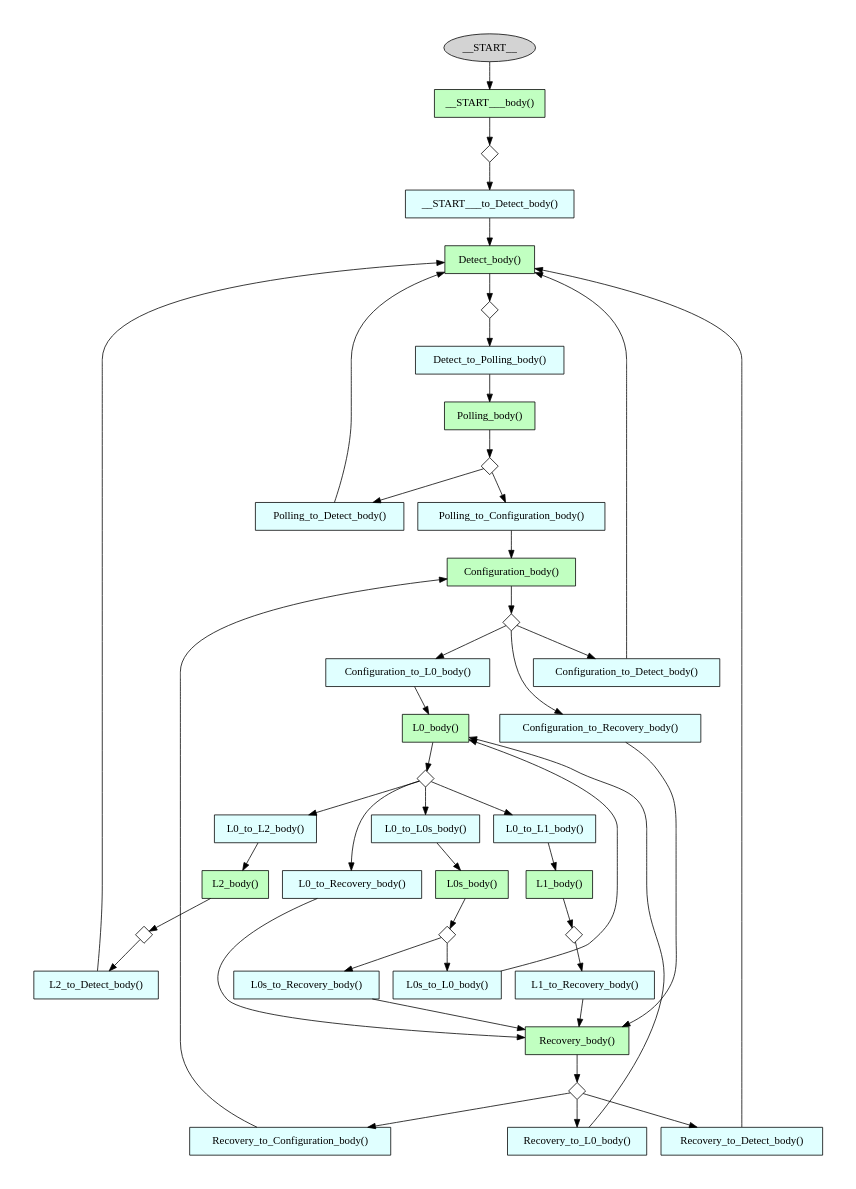
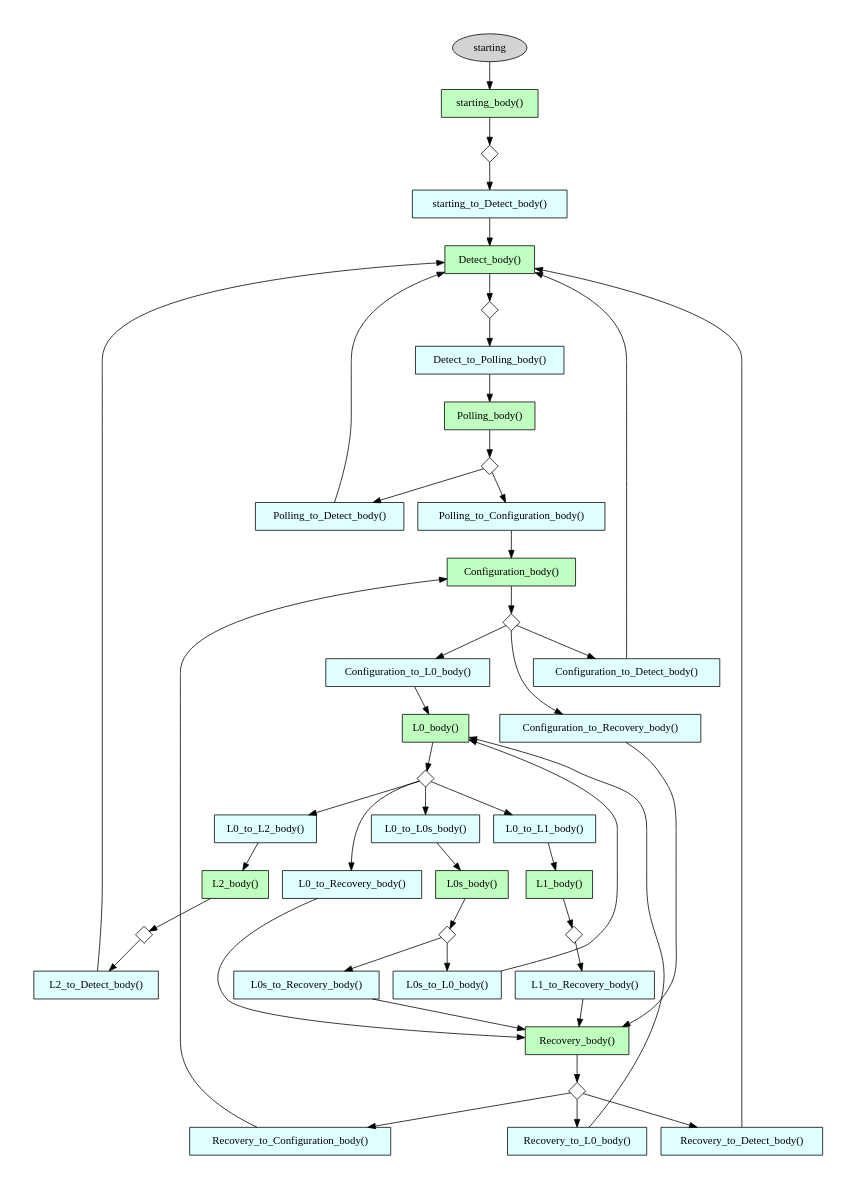
Before and after one commit to stepannotuser/ugrasp_mode: the diagram in examples/pcie_link_training/pcie_link_training_pkg/src/sv/pcie_link_training_full_graphviz.dot, drawn with Graphviz. The commit also changed 33 other files, not shown here.

```diff
--- a/examples/pcie_link_training/pcie_link_training_pkg/src/sv/pcie_link_training_full_graphviz.dot
+++ b/examples/pcie_link_training/pcie_link_training_pkg/src/sv/pcie_link_training_full_graphviz.dot
@@ -1,90 +1,90 @@
 // SVGraph pcie_link_training
 // File    pcie_link_training_full_graphviz.dot
 
 
 digraph pcie_link_training {
   pad="0.5"
-  __START__ [label="__START__" fillcolor=lightgrey style=filled];
-  __START__ -> __START___body;
+  starting [label="starting" fillcolor=lightgrey style=filled];
+  starting -> starting_body;
   Detect_body [label="Detect_body()" shape=box style=filled fillcolor=darkseagreen1];
   Detect_sel [label="" shape=diamond height="0.3" width="0.3"];
   Detect_body -> Detect_sel;
   Detect_to_Polling_body [label="Detect_to_Polling_body()" shape=box style=filled fillcolor=lightcyan];
   Detect_sel -> Detect_to_Polling_body
   Detect_to_Polling_body -> Polling_body;
   Polling_body [label="Polling_body()" shape=box style=filled fillcolor=darkseagreen1];
   Polling_sel [label="" shape=diamond height="0.3" width="0.3"];
   Polling_body -> Polling_sel;
   Polling_to_Detect_body [label="Polling_to_Detect_body()" shape=box style=filled fillcolor=lightcyan];
   Polling_sel -> Polling_to_Detect_body
   Polling_to_Detect_body -> Detect_body;
   Polling_to_Configuration_body [label="Polling_to_Configuration_body()" shape=box style=filled fillcolor=lightcyan];
   Polling_sel -> Polling_to_Configuration_body
   Polling_to_Configuration_body -> Configuration_body;
   Configuration_body [label="Configuration_body()" shape=box style=filled fillcolor=darkseagreen1];
   Configuration_sel [label="" shape=diamond height="0.3" width="0.3"];
   Configuration_body -> Configuration_sel;
   Configuration_to_L0_body [label="Configuration_to_L0_body()" shape=box style=filled fillcolor=lightcyan];
   Configuration_sel -> Configuration_to_L0_body
   Configuration_to_L0_body -> L0_body;
   Configuration_to_Recovery_body [label="Configuration_to_Recovery_body()" shape=box style=filled fillcolor=lightcyan];
   Configuration_sel -> Configuration_to_Recovery_body
   Configuration_to_Recovery_body -> Recovery_body;
   Configuration_to_Detect_body [label="Configuration_to_Detect_body()" shape=box style=filled fillcolor=lightcyan];
   Configuration_sel -> Configuration_to_Detect_body
   Configuration_to_Detect_body -> Detect_body;
   L0_body [label="L0_body()" shape=box style=filled fillcolor=darkseagreen1];
   L0_sel [label="" shape=diamond height="0.3" width="0.3"];
   L0_body -> L0_sel;
   L0_to_L1_body [label="L0_to_L1_body()" shape=box style=filled fillcolor=lightcyan];
   L0_sel -> L0_to_L1_body
   L0_to_L1_body -> L1_body;
   L0_to_L0s_body [label="L0_to_L0s_body()" shape=box style=filled fillcolor=lightcyan];
   L0_sel -> L0_to_L0s_body
   L0_to_L0s_body -> L0s_body;
   L0_to_L2_body [label="L0_to_L2_body()" shape=box style=filled fillcolor=lightcyan];
   L0_sel -> L0_to_L2_body
   L0_to_L2_body -> L2_body;
   L0_to_Recovery_body [label="L0_to_Recovery_body()" shape=box style=filled fillcolor=lightcyan];
   L0_sel -> L0_to_Recovery_body
   L0_to_Recovery_body -> Recovery_body;
   Recovery_body [label="Recovery_body()" shape=box style=filled fillcolor=darkseagreen1];
   Recovery_sel [label="" shape=diamond height="0.3" width="0.3"];
   Recovery_body -> Recovery_sel;
   Recovery_to_Configuration_body [label="Recovery_to_Configuration_body()" shape=box style=filled fillcolor=lightcyan];
   Recovery_sel -> Recovery_to_Configuration_body
   Recovery_to_Configuration_body -> Configuration_body;
   Recovery_to_L0_body [label="Recovery_to_L0_body()" shape=box style=filled fillcolor=lightcyan];
   Recovery_sel -> Recovery_to_L0_body
   Recovery_to_L0_body -> L0_body;
   Recovery_to_Detect_body [label="Recovery_to_Detect_body()" shape=box style=filled fillcolor=lightcyan];
   Recovery_sel -> Recovery_to_Detect_body
   Recovery_to_Detect_body -> Detect_body;
   L1_body [label="L1_body()" shape=box style=filled fillcolor=darkseagreen1];
   L1_sel [label="" shape=diamond height="0.3" width="0.3"];
   L1_body -> L1_sel;
   L1_to_Recovery_body [label="L1_to_Recovery_body()" shape=box style=filled fillcolor=lightcyan];
   L1_sel -> L1_to_Recovery_body
   L1_to_Recovery_body -> Recovery_body;
   L0s_body [label="L0s_body()" shape=box style=filled fillcolor=darkseagreen1];
   L0s_sel [label="" shape=diamond height="0.3" width="0.3"];
   L0s_body -> L0s_sel;
   L0s_to_L0_body [label="L0s_to_L0_body()" shape=box style=filled fillcolor=lightcyan];
   L0s_sel -> L0s_to_L0_body
   L0s_to_L0_body -> L0_body;
   L0s_to_Recovery_body [label="L0s_to_Recovery_body()" shape=box style=filled fillcolor=lightcyan];
   L0s_sel -> L0s_to_Recovery_body
   L0s_to_Recovery_body -> Recovery_body;
   L2_body [label="L2_body()" shape=box style=filled fillcolor=darkseagreen1];
   L2_sel [label="" shape=diamond height="0.3" width="0.3"];
   L2_body -> L2_sel;
   L2_to_Detect_body [label="L2_to_Detect_body()" shape=box style=filled fillcolor=lightcyan];
   L2_sel -> L2_to_Detect_body
   L2_to_Detect_body -> Detect_body;
-  __START___body [label="__START___body()" shape=box style=filled fillcolor=darkseagreen1];
-  __START___sel [label="" shape=diamond height="0.3" width="0.3"];
-  __START___body -> __START___sel;
-  __START___to_Detect_body [label="__START___to_Detect_body()" shape=box style=filled fillcolor=lightcyan];
-  __START___sel -> __START___to_Detect_body
-  __START___to_Detect_body -> Detect_body;
+  starting_body [label="starting_body()" shape=box style=filled fillcolor=darkseagreen1];
+  starting_sel [label="" shape=diamond height="0.3" width="0.3"];
+  starting_body -> starting_sel;
+  starting_to_Detect_body [label="starting_to_Detect_body()" shape=box style=filled fillcolor=lightcyan];
+  starting_sel -> starting_to_Detect_body
+  starting_to_Detect_body -> Detect_body;
 }
```
